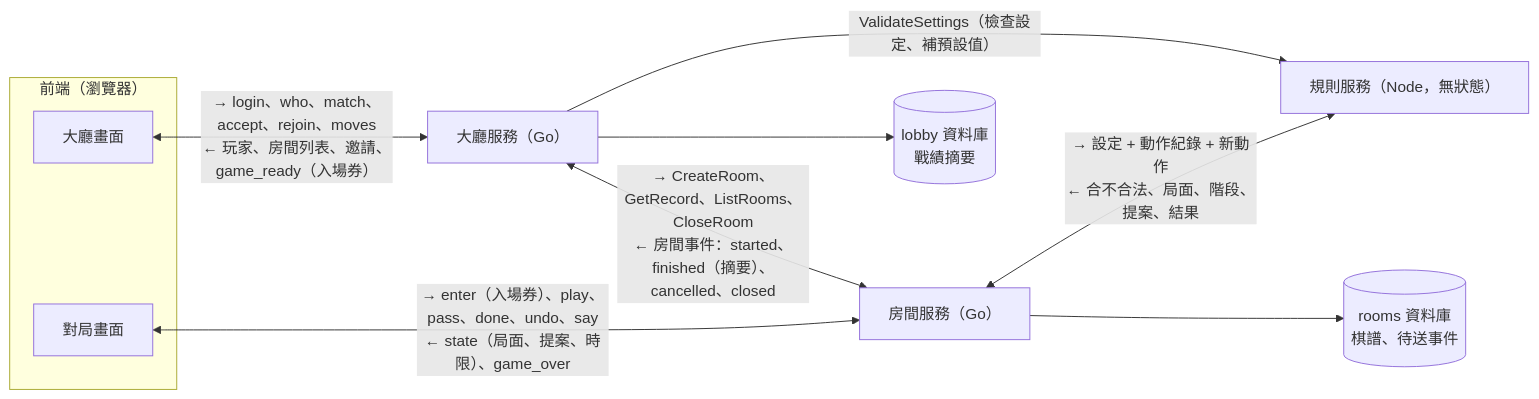
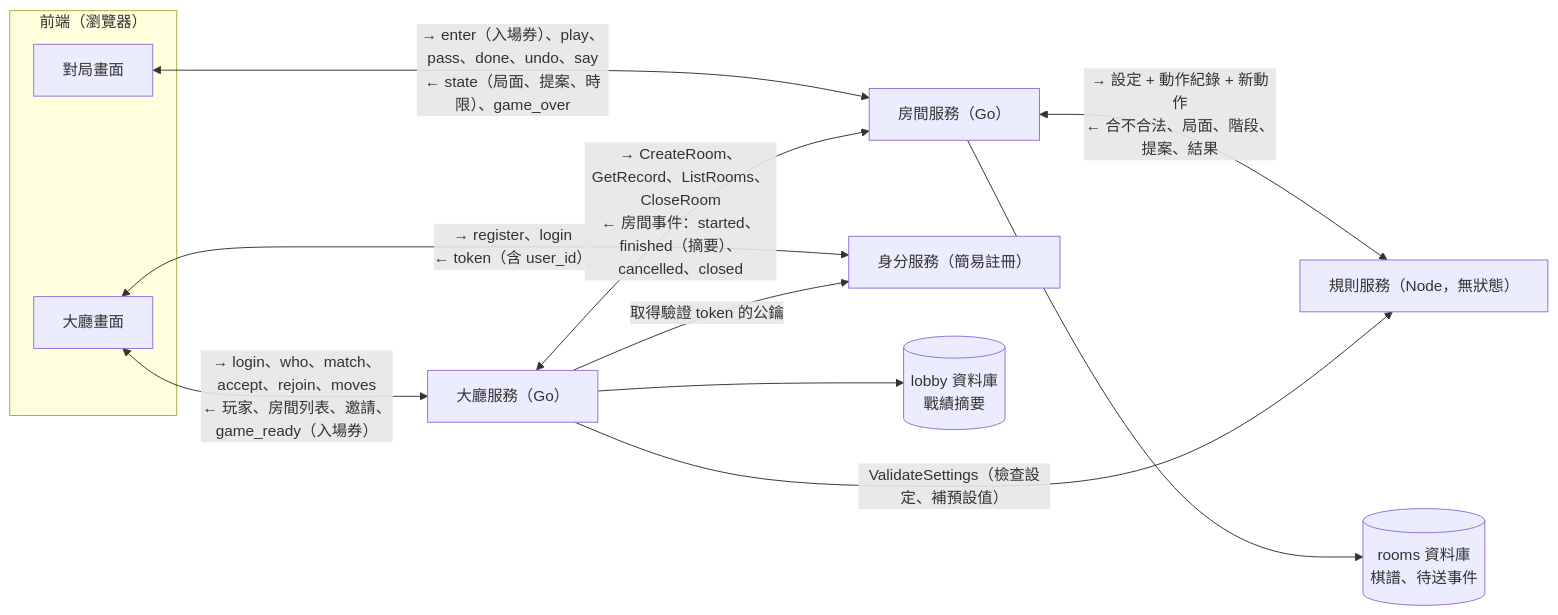
The first of 7 diagrams in docs/spec_v2.md (yshsu0918/yi-arena), drawn with Mermaid before and after one commit. The commit also changed other lines of this file and 4 other files, not shown here.

````diff
--- a/docs/spec_v2.md
+++ b/docs/spec_v2.md
@@ -40,20 +46,23 @@
 ```mermaid
 flowchart LR
   subgraph FE["前端（瀏覽器）"]
     FL["大廳畫面"]
     FR["對局畫面"]
   end
   L["大廳服務（Go）"]
   R["房間服務（Go）"]
   S["規則服務（Node，無狀態）"]
+  A["身分服務（簡易註冊）"]
   LDB[("lobby 資料庫<br/>戰績摘要")]
   RDB[("rooms 資料庫<br/>棋譜、待送事件")]
 
   FL <-- "→ login、who、match、accept、rejoin、moves<br/>← 玩家、房間列表、邀請、game_ready（入場券）" --> L
   FR <-- "→ enter（入場券）、play、pass、done、undo、say<br/>← state（局面、提案、時限）、game_over" --> R
   L <-- "→ CreateRoom、GetRecord、ListRooms、CloseRoom<br/>← 房間事件：started、finished（摘要）、cancelled、closed" --> R
   R <-- "→ 設定 + 動作紀錄 + 新動作<br/>← 合不合法、局面、階段、提案、結果" --> S
   L -- "ValidateSettings（檢查設定、補預設值）" --> S
+  FL <-- "→ register、login<br/>← token（含 user_id）" --> A
+  L -- "取得驗證 token 的公鑰" --> A
   L --> LDB
   R --> RDB
 ```
````
